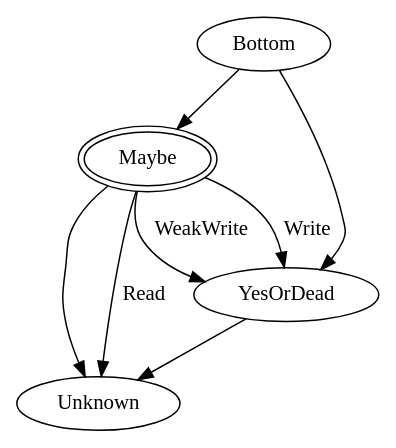
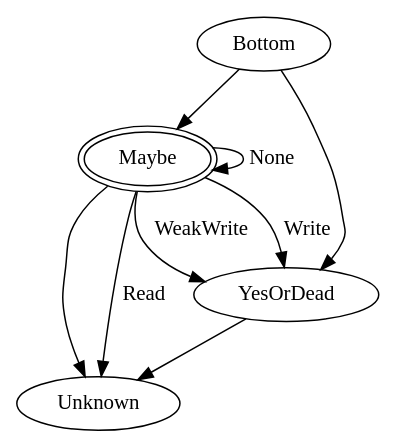
The diagram in lib/ABIAnalyses/Generated/UsedReturnValuesOfFunction.dot (revng/revng), drawn with Graphviz before and after one commit. The commit also changed 5 other files, not shown here.

```diff
--- a/lib/ABIAnalyses/Generated/UsedReturnValuesOfFunction.dot
+++ b/lib/ABIAnalyses/Generated/UsedReturnValuesOfFunction.dot
@@ -1,21 +1,24 @@
 #
 # This file is distributed under the MIT License. See LICENSE.md for details.
 #
 
 digraph UsedReturnValuesOfFunction {
   Bottom;
   Maybe [peripheries=2];
   YesOrDead;
   Unknown;
 
   # Lattice
   Bottom->YesOrDead;
   Bottom->Maybe;
   YesOrDead->Unknown;
   Maybe->Unknown;
 
   # Transfer functions
   Maybe->YesOrDead [label="Write"];
   Maybe->YesOrDead [label="WeakWrite"];
   Maybe->Unknown [label="Read"];
+
+  Maybe->Maybe [label="None"];
+
 }
```
